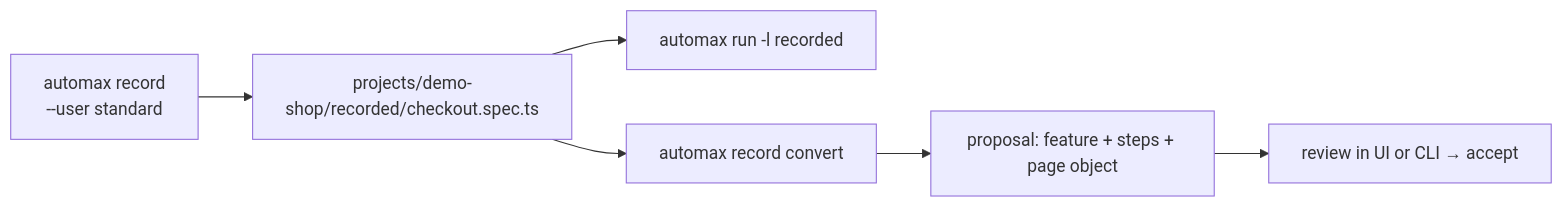
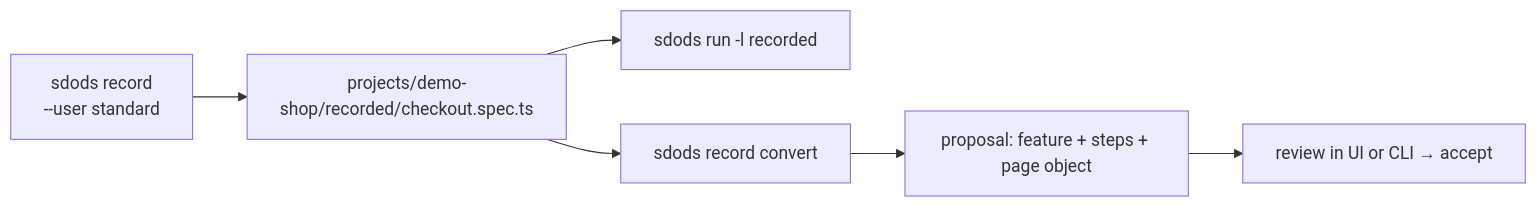
The diagram in apps/docs/content/docs/guides/record-and-playback.mdx (YarlisAISolutions/SDODS), drawn with Mermaid before and after one commit. The commit also changed other lines of this file and 466 other files, not shown here.

````diff
--- a/apps/docs/content/docs/guides/record-and-playback.mdx
+++ b/apps/docs/content/docs/guides/record-and-playback.mdx
@@ -14,8 +14,8 @@
 ```mermaid
 flowchart LR
-  A["automax record<br/>--user standard"] --> B["projects/demo-shop/recorded/checkout.spec.ts"]
-  B --> C["automax run -l recorded"]
-  B --> D["automax record convert"]
+  A["sdods record<br/>--user standard"] --> B["projects/demo-shop/recorded/checkout.spec.ts"]
+  B --> C["sdods run -l recorded"]
+  B --> D["sdods record convert"]
   D --> E["proposal: feature + steps + page object"]
   E --> F["review in UI or CLI → accept"]
 ```
````
